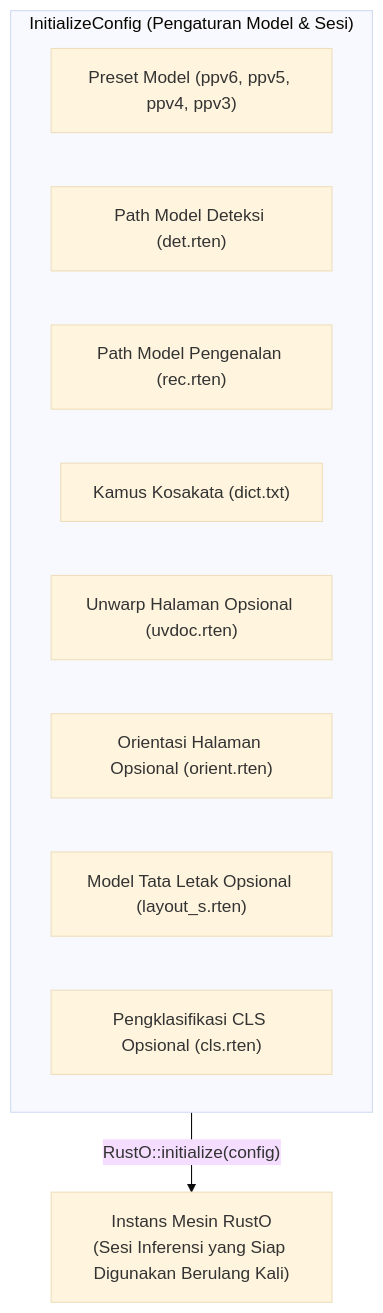
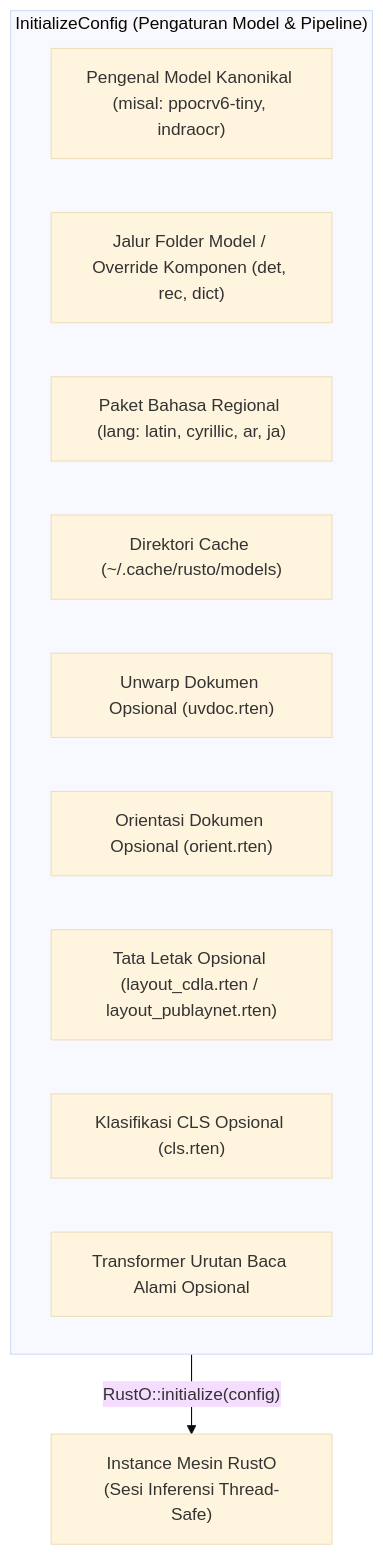
One commit to byrizki/rusto-rs changed the diagram in docs/content/id/04.api-reference/01.initialize-config.md. Above: the diagram before and after it, drawn with Mermaid (base theme). The commit also changed other lines of this file and 26 other files, not shown here.

````diff
--- a/docs/content/id/04.api-reference/01.initialize-config.md
+++ b/docs/content/id/04.api-reference/01.initialize-config.md
@@ -15,15 +15,16 @@
 ```mermaid
 flowchart TD
-    subgraph Config ["InitializeConfig (Pengaturan Model & Sesi)"]
-        P["Preset Model (ppv6, ppv5, ppv4, ppv3)"]
-        D["Path Model Deteksi (det.rten)"]
-        R["Path Model Pengenalan (rec.rten)"]
-        V["Kamus Kosakata (dict.txt)"]
-        U["Unwarp Halaman Opsional (uvdoc.rten)"]
-        O["Orientasi Halaman Opsional (orient.rten)"]
-        L["Model Tata Letak Opsional (layout_s.rten)"]
-        C["Pengklasifikasi CLS Opsional (cls.rten)"]
+    subgraph Config ["InitializeConfig (Pengaturan Model & Pipeline)"]
+        M["Pengenal Model Kanonikal (misal: ppocrv6-tiny, indraocr)"]
+        MP["Jalur Folder Model / Override Komponen (det, rec, dict)"]
+        L["Paket Bahasa Regional (lang: latin, cyrillic, ar, ja)"]
+        CD["Direktori Cache (~/.cache/rusto/models)"]
+        U["Unwarp Dokumen Opsional (uvdoc.rten)"]
+        O["Orientasi Dokumen Opsional (orient.rten)"]
+        LAY["Tata Letak Opsional (layout_cdla.rten / layout_publaynet.rten)"]
+        C["Klasifikasi CLS Opsional (cls.rten)"]
+        RO["Transformer Urutan Baca Alami Opsional"]
     end
 
-    Config -->|"RustO::initialize(config)"| Engine["Instans Mesin RustO<br/>(Sesi Inferensi yang Siap Digunakan Berulang Kali)"]
+    Config -->|"RustO::initialize(config)"| Engine["Instance Mesin RustO<br/>(Sesi Inferensi Thread-Safe)"]
 ```
````
